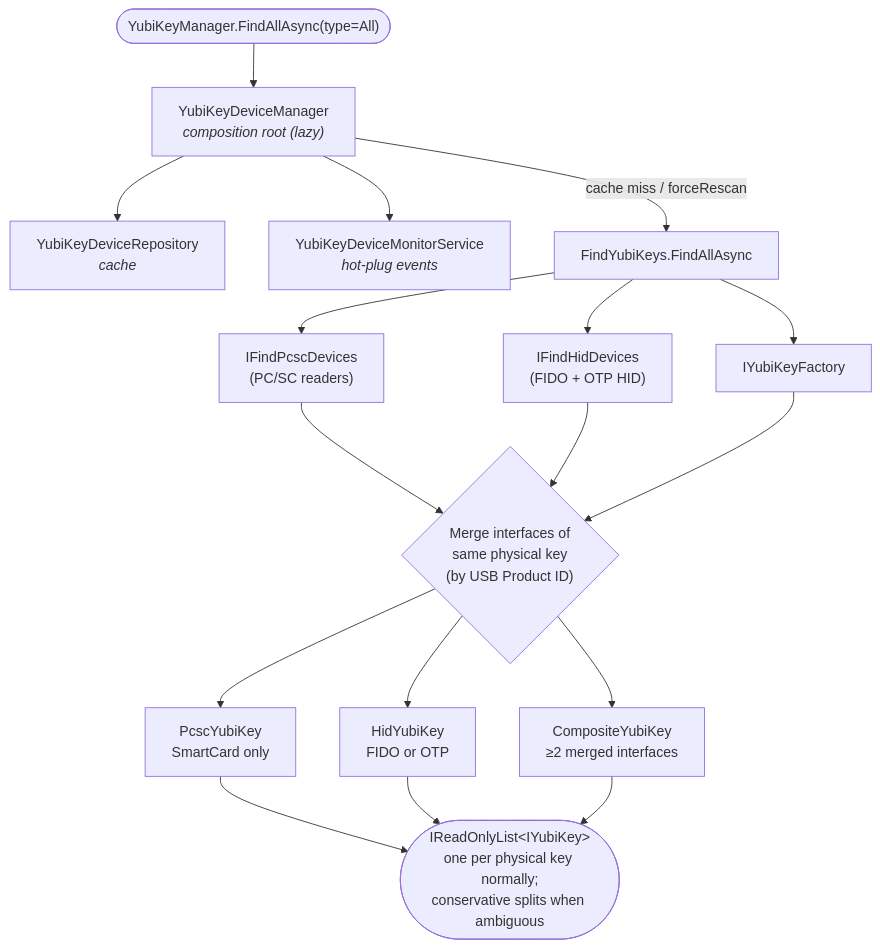
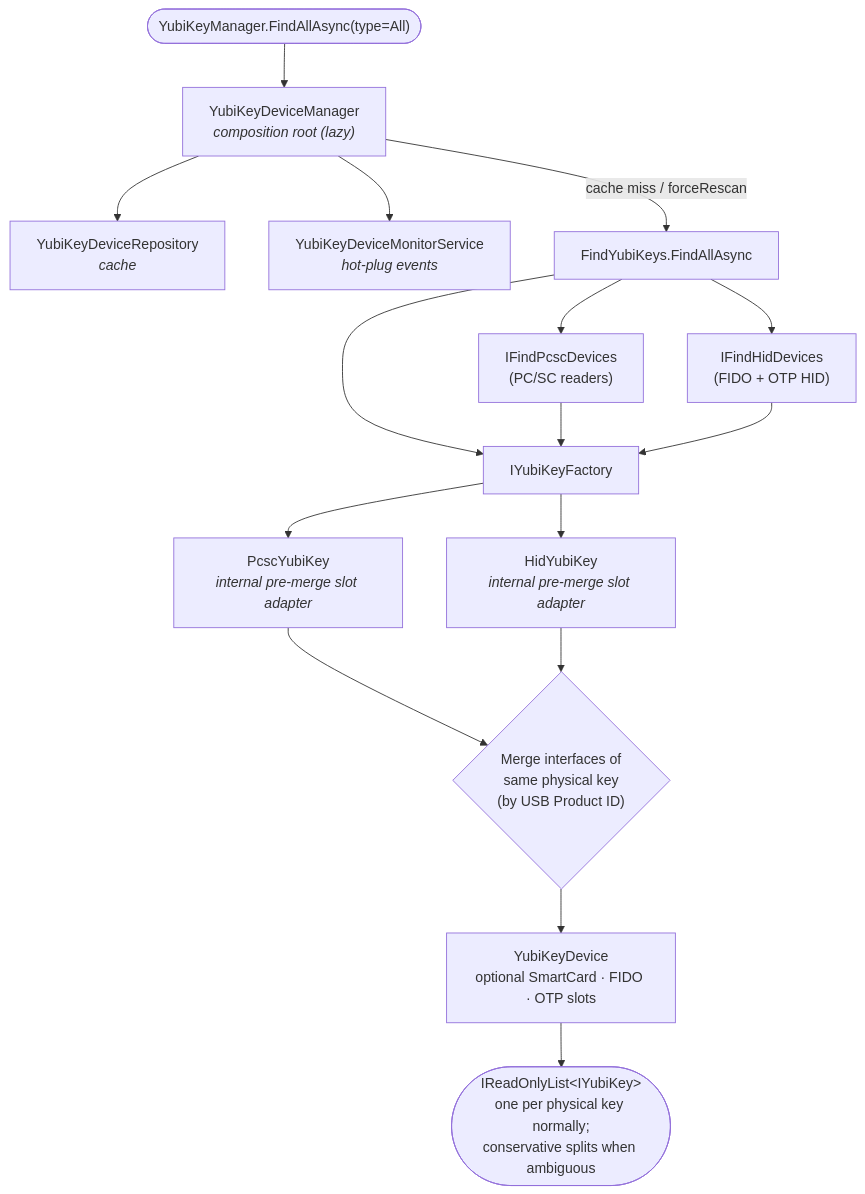
Before and after one commit to Yubico/Yubico.NET.SDK: the sixth of 7 diagrams in docs/architecture/sdk-architecture-diagrams.md, drawn with Mermaid. The commit also changed other lines of this file and 33 other files, not shown here.

Commit message:
refactor(core): publish flat YubiKey devices

````diff
--- a/docs/architecture/sdk-architecture-diagrams.md
+++ b/docs/architecture/sdk-architecture-diagrams.md
@@ -287,37 +287,36 @@
 ```mermaid
 flowchart TD
     Start(["YubiKeyManager.FindAllAsync(type=All)"])
     Mgr["YubiKeyDeviceManager<br/><i>composition root (lazy)</i>"]
     Repo["YubiKeyDeviceRepository<br/><i>cache</i>"]
     Mon["YubiKeyDeviceMonitorService<br/><i>hot-plug events</i>"]
     Find["FindYubiKeys.FindAllAsync"]
 
     FPcsc["IFindPcscDevices<br/>(PC/SC readers)"]
     FHid["IFindHidDevices<br/>(FIDO + OTP HID)"]
     Factory["IYubiKeyFactory"]
 
     Merge{"Merge interfaces of<br/>same physical key<br/>(by USB Product ID)"}
 
-    Pcsc["PcscYubiKey<br/>SmartCard only"]
-    Hid["HidYubiKey<br/>FIDO or OTP"]
-    Comp["CompositeYubiKey<br/>≥2 merged interfaces"]
+    Pcsc["PcscYubiKey<br/><i>internal pre-merge slot adapter</i>"]
+    Hid["HidYubiKey<br/><i>internal pre-merge slot adapter</i>"]
+    Flat["YubiKeyDevice<br/>optional SmartCard · FIDO · OTP slots"]
 
     Result(["IReadOnlyList&lt;IYubiKey&gt;<br/>one per physical key normally;<br/>conservative splits when ambiguous"])
 
     Start --> Mgr
     Mgr --> Repo
     Mgr --> Mon
     Mgr -->|cache miss / forceRescan| Find
     Find --> FPcsc
     Find --> FHid
     Find --> Factory
-    FPcsc --> Merge
-    FHid --> Merge
-    Factory --> Merge
-    Merge --> Pcsc
-    Merge --> Hid
-    Merge --> Comp
-    Pcsc --> Result
-    Hid --> Result
-    Comp --> Result
+    FPcsc --> Factory
+    FHid --> Factory
+    Factory --> Pcsc
+    Factory --> Hid
+    Pcsc --> Merge
+    Hid --> Merge
+    Merge --> Flat
+    Flat --> Result
 ```
````
